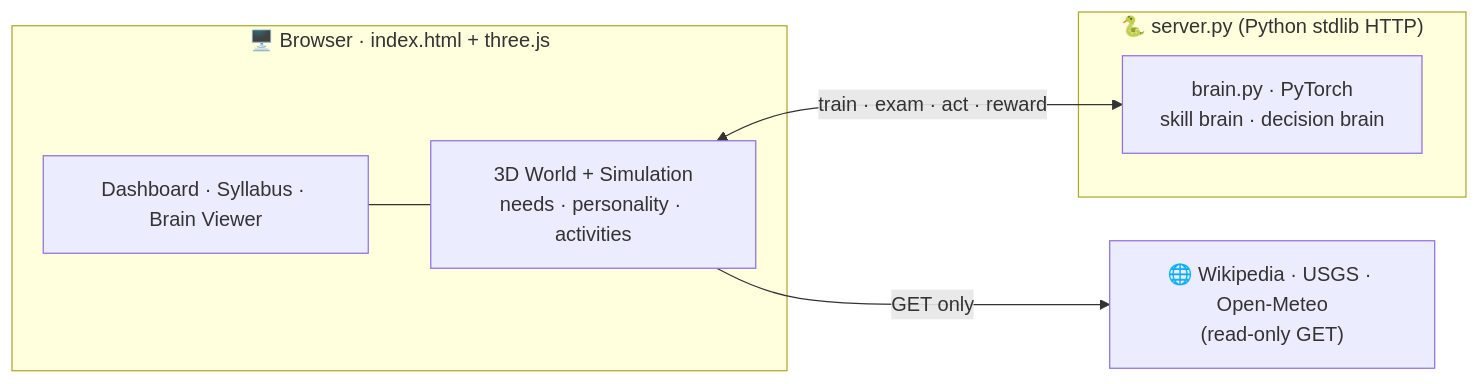
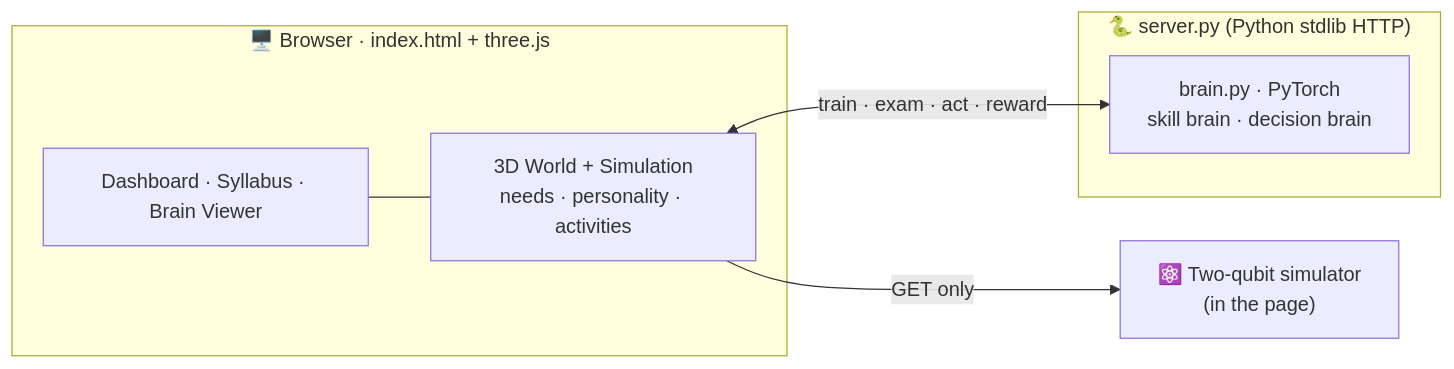
One commit to andrewsavio/AI-World changed the diagram in README.md. Above: the diagram before and after it, drawn with Mermaid. The commit also changed other lines of this file and 9 other files, not shown here.

````diff
--- a/README.md
+++ b/README.md
@@ -88,15 +88,15 @@
 ```mermaid
 flowchart LR
     subgraph Browser["🖥️ Browser  ·  index.html + three.js"]
         W["3D World + Simulation<br/>needs · personality · activities"]
         UI["Dashboard · Syllabus · Brain Viewer"]
     end
     subgraph Server["🐍 server.py  (Python stdlib HTTP)"]
         B["brain.py  ·  PyTorch<br/>skill brain · decision brain"]
     end
-    I["🌐 Wikipedia · USGS · Open-Meteo<br/>(read-only GET)"]
+    I["⚛️ Two-qubit simulator<br/>(in the page)"]
 
     W <-->|"train · exam · act · reward"| B
     W -->|"GET only"| I
     UI --- W
 ```
````
